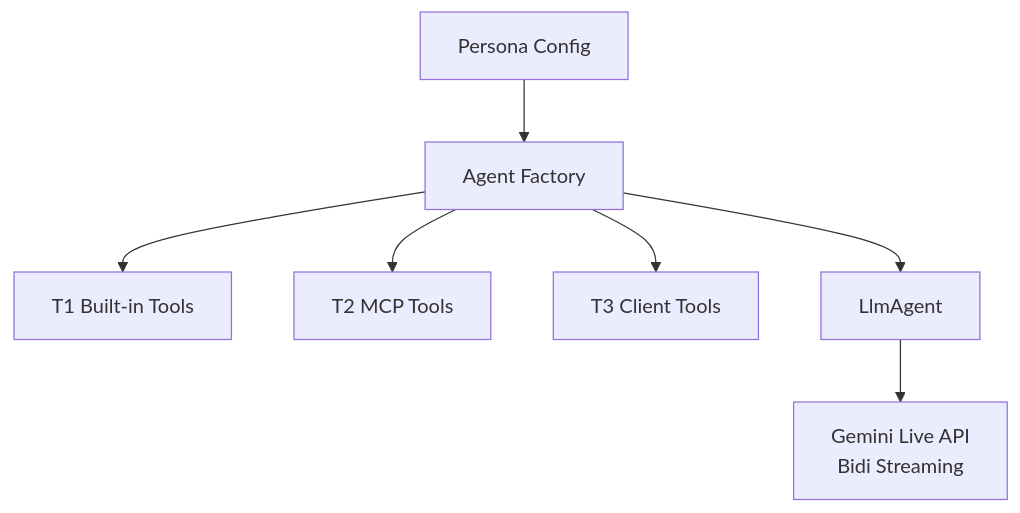
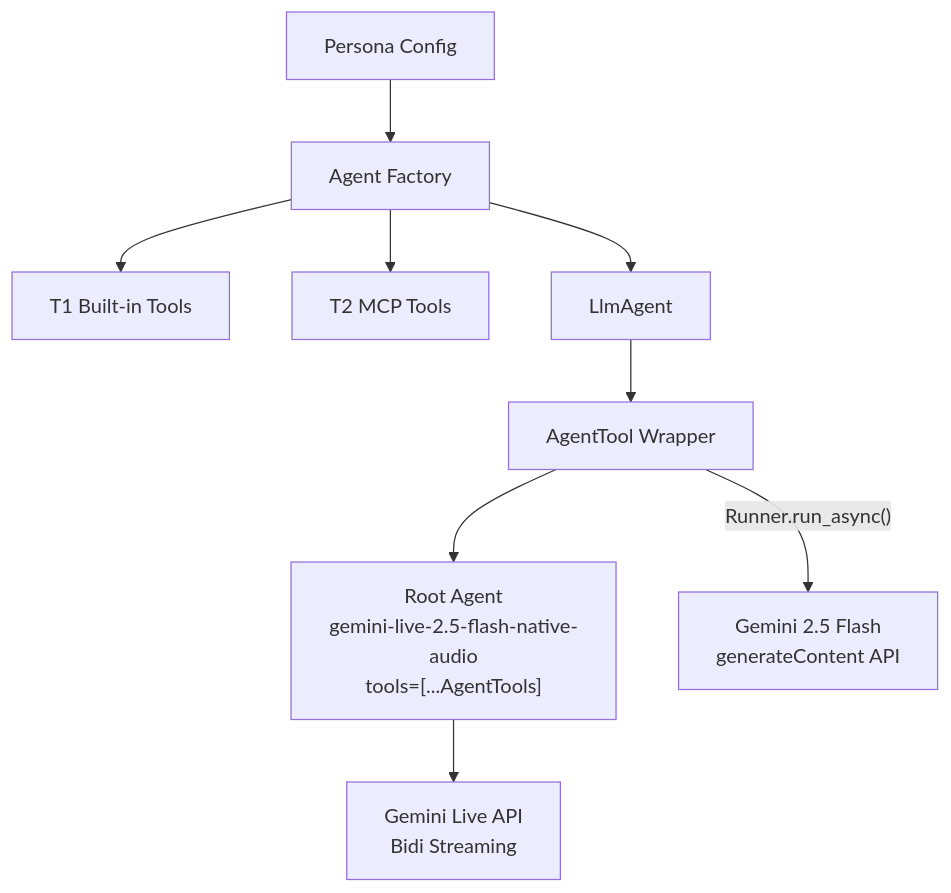
One commit to omanandswami2005/omni-agent-hub-with-gemini-live changed the second of 2 diagrams in site-docs/architecture/index.md. Above: the diagram before and after it, drawn with Mermaid. The commit also changed other lines of this file and 17 other files, not shown here.

First line of the commit message:
Refactor agent architecture to use AgentTool pattern for persona agents

````diff
--- a/site-docs/architecture/index.md
+++ b/site-docs/architecture/index.md
@@ -59,9 +59,11 @@
 ```mermaid
 flowchart TD
     PERSONA[Persona Config] --> FACTORY[Agent Factory]
     FACTORY --> T1[T1 Built-in Tools]
     FACTORY --> T2[T2 MCP Tools]
-    FACTORY --> T3[T3 Client Tools]
     FACTORY --> AGENT[LlmAgent]
-    AGENT --> LIVE[Gemini Live API<br/>Bidi Streaming]
+    AGENT --> AT[AgentTool Wrapper]
+    AT --> ROOT["Root Agent<br/>gemini-live-2.5-flash-native-audio<br/>tools=[...AgentTools]"]
+    ROOT --> LIVE[Gemini Live API<br/>Bidi Streaming]
+    AT -->|"Runner.run_async()"| TEXT["Gemini 2.5 Flash<br/>generateContent API"]
 ```
````
